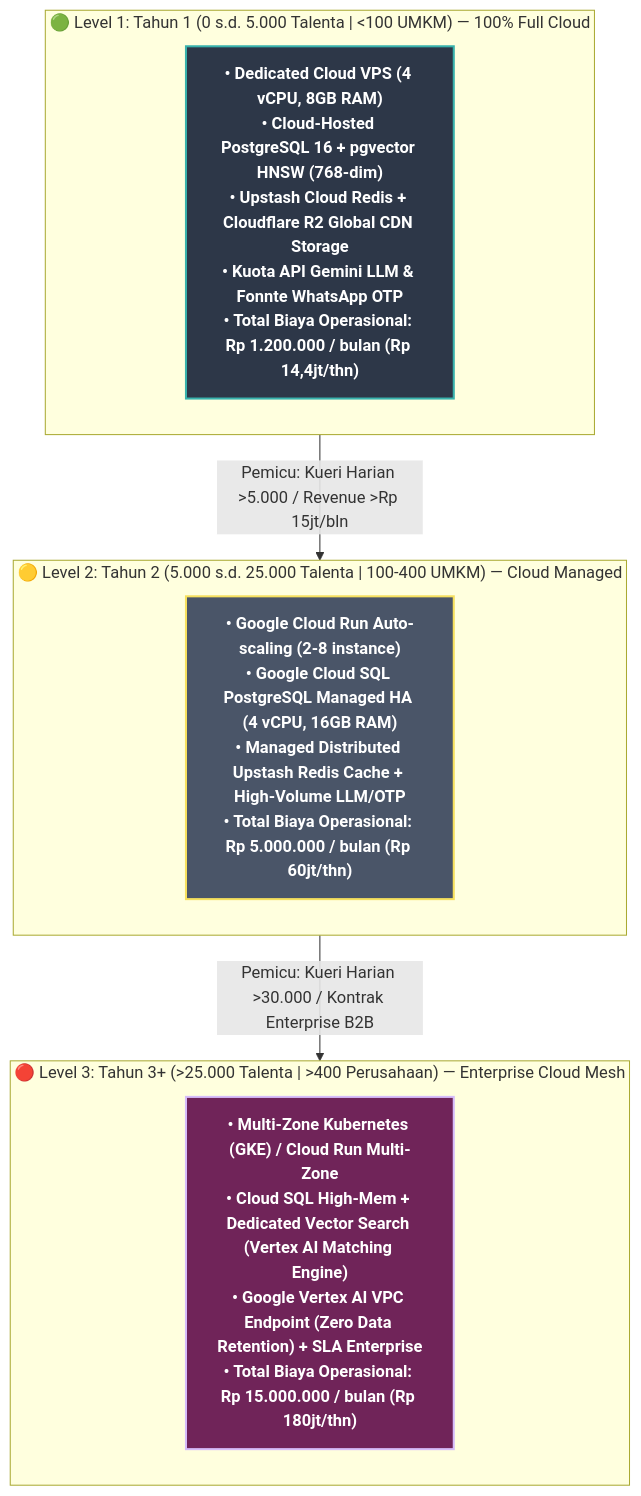
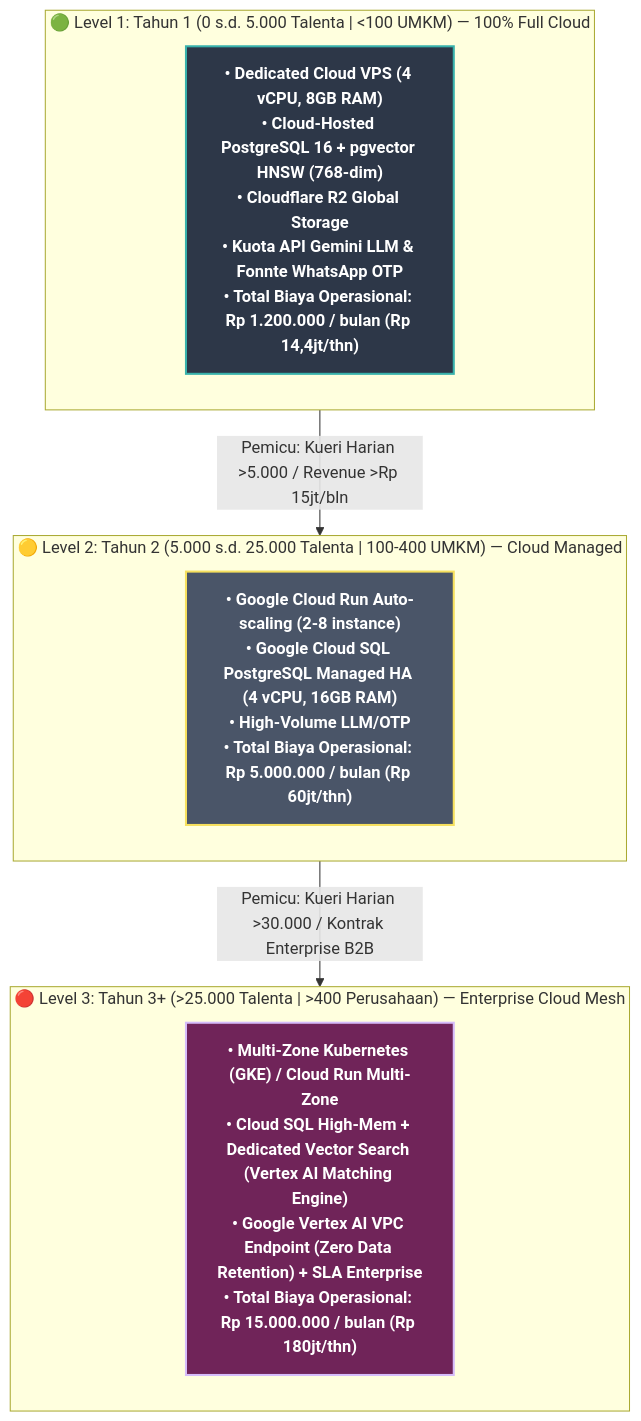
Before and after one commit to LouSens/KerjaCerdas: the second of 2 diagrams in docs/BUSINESS_MODEL.md, drawn with Mermaid. The commit also changed other lines of this file and 10 other files, not shown here.

First line of the commit message:
refactor: remove Cloudflare tunnel and Redis dependencies

````diff
--- a/docs/BUSINESS_MODEL.md
+++ b/docs/BUSINESS_MODEL.md
@@ -122,21 +122,21 @@
 ```mermaid
 graph TD
     classDef l1 fill:#2D3748,stroke:#38B2AC,stroke-width:2px,color:#FFF,font-weight:bold
     classDef l2 fill:#4A5568,stroke:#F6E05E,stroke-width:2px,color:#FFF,font-weight:bold
     classDef l3 fill:#702459,stroke:#D6BCFA,stroke-width:2px,color:#FFF,font-weight:bold
 
     subgraph Level1 ["🟢 Level 1: Tahun 1 (0 s.d. 5.000 Talenta | <100 UMKM) — 100% Full Cloud"]
-        L1_Desc["• Dedicated Cloud VPS (4 vCPU, 8GB RAM)\n• Cloud-Hosted PostgreSQL 16 + pgvector HNSW (768-dim)\n• Upstash Cloud Redis + Cloudflare R2 Global CDN Storage\n• Kuota API Gemini LLM & Fonnte WhatsApp OTP\n• Total Biaya Operasional: Rp 1.200.000 / bulan (Rp 14,4jt/thn)"]:::l1
+        L1_Desc["• Dedicated Cloud VPS (4 vCPU, 8GB RAM)\n• Cloud-Hosted PostgreSQL 16 + pgvector HNSW (768-dim)\n• Cloudflare R2 Global Storage\n• Kuota API Gemini LLM & Fonnte WhatsApp OTP\n• Total Biaya Operasional: Rp 1.200.000 / bulan (Rp 14,4jt/thn)"]:::l1
     end
 
     subgraph Level2 ["🟡 Level 2: Tahun 2 (5.000 s.d. 25.000 Talenta | 100-400 UMKM) — Cloud Managed"]
-        L2_Desc["• Google Cloud Run Auto-scaling (2-8 instance)\n• Google Cloud SQL PostgreSQL Managed HA (4 vCPU, 16GB RAM)\n• Managed Distributed Upstash Redis Cache + High-Volume LLM/OTP\n• Total Biaya Operasional: Rp 5.000.000 / bulan (Rp 60jt/thn)"]:::l2
+        L2_Desc["• Google Cloud Run Auto-scaling (2-8 instance)\n• Google Cloud SQL PostgreSQL Managed HA (4 vCPU, 16GB RAM)\n• High-Volume LLM/OTP\n• Total Biaya Operasional: Rp 5.000.000 / bulan (Rp 60jt/thn)"]:::l2
     end
 
     subgraph Level3 ["🔴 Level 3: Tahun 3+ (>25.000 Talenta | >400 Perusahaan) — Enterprise Cloud Mesh"]
         L3_Desc["• Multi-Zone Kubernetes (GKE) / Cloud Run Multi-Zone\n• Cloud SQL High-Mem + Dedicated Vector Search (Vertex AI Matching Engine)\n• Google Vertex AI VPC Endpoint (Zero Data Retention) + SLA Enterprise\n• Total Biaya Operasional: Rp 15.000.000 / bulan (Rp 180jt/thn)"]:::l3
     end
 
     Level1 -->|Pemicu: Kueri Harian >5.000 / Revenue >Rp 15jt/bln| Level2
     Level2 -->|Pemicu: Kueri Harian >30.000 / Kontrak Enterprise B2B| Level3
 ```
````
